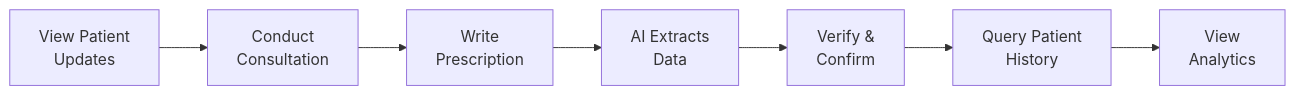
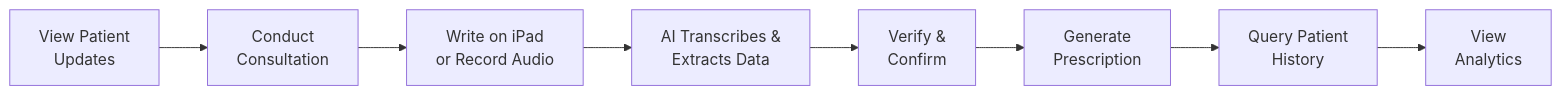
One commit to IVAVI17/Bytebit-Ai changed the second of 2 diagrams in README.md. Above: the diagram before and after it, drawn with Mermaid. The commit also changed other lines of this file, not shown here.

````diff
--- a/README.md
+++ b/README.md
@@ -149,9 +151,10 @@
 ```mermaid
 graph LR
     A[View Patient<br/>Updates] --> B[Conduct<br/>Consultation]
-    B --> C[Write<br/>Prescription]
-    C --> D[AI Extracts<br/>Data]
+    B --> C[Write on iPad<br/>or Record Audio]
+    C --> D[AI Transcribes &<br/>Extracts Data]
     D --> E[Verify &<br/>Confirm]
-    E --> F[Query Patient<br/>History]
-    F --> G[View<br/>Analytics]
+    E --> F[Generate<br/>Prescription]
+    F --> G[Query Patient<br/>History]
+    G --> H[View<br/>Analytics]
 ```
````
